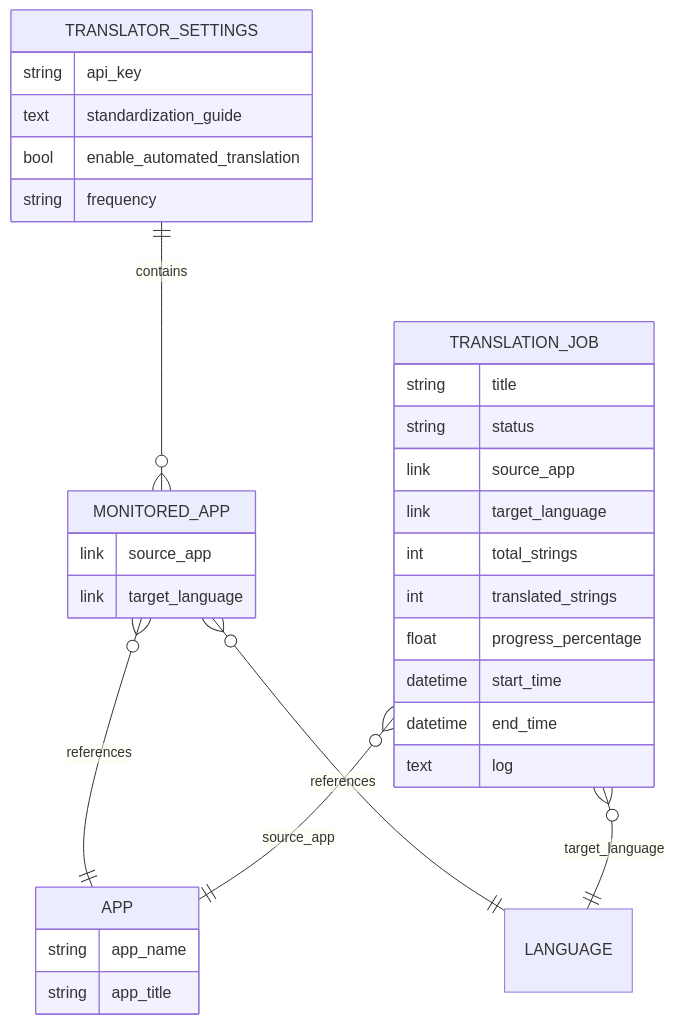
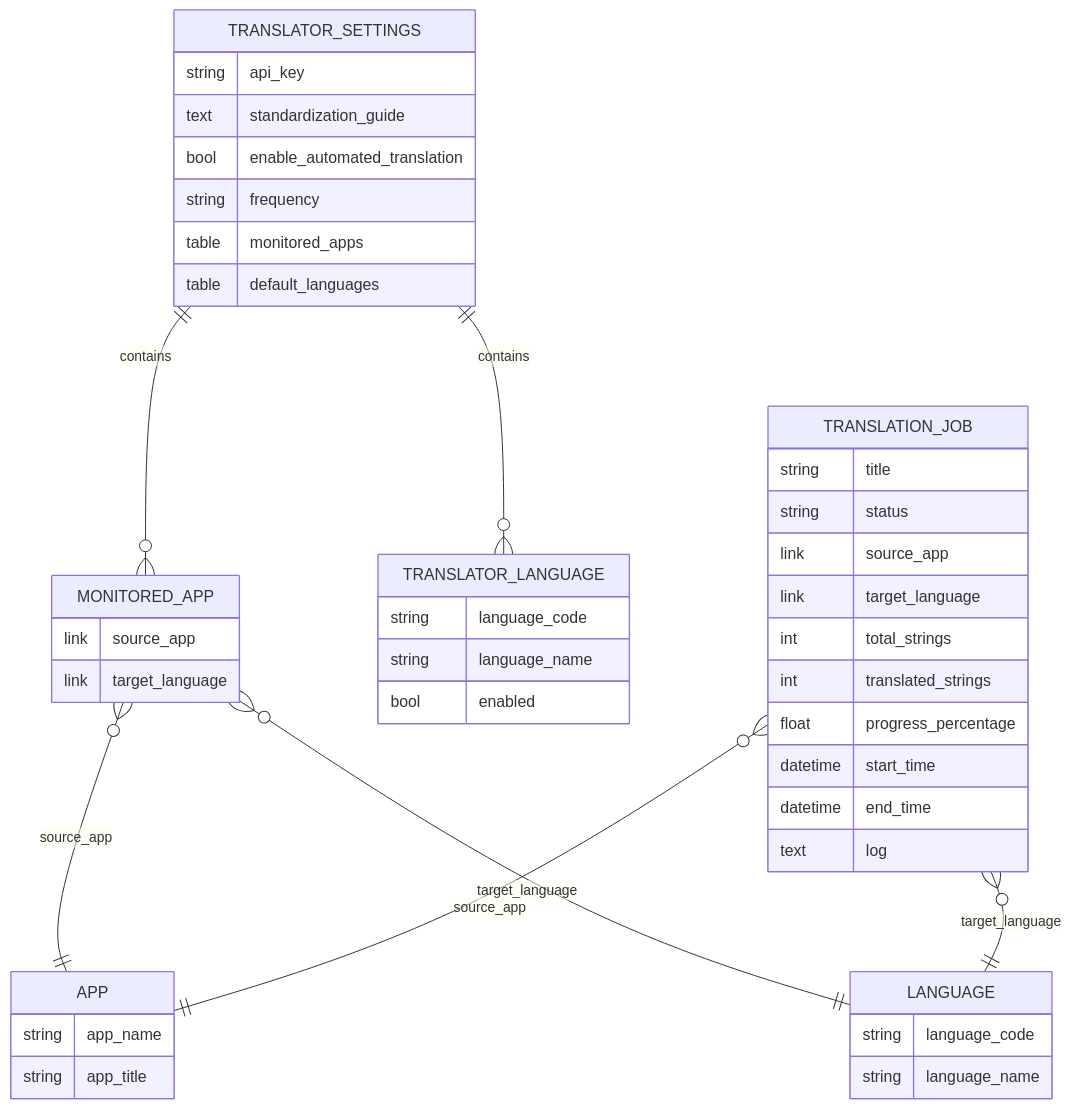
The second of 3 diagrams in docs/developer_guide/architecture.md (SebstnRodri/translation_hub), drawn with Mermaid before and after one commit. The commit also changed other lines of this file, not shown here.

Commit message:
docs: update architecture guide with correct doctype relationships and concurrency details

````diff
--- a/docs/developer_guide/architecture.md
+++ b/docs/developer_guide/architecture.md
@@ -162,38 +172,52 @@
 ```mermaid
 erDiagram
     TRANSLATOR_SETTINGS ||--o{ MONITORED_APP : "contains"
-    MONITORED_APP }o--|| APP : "references"
-    MONITORED_APP }o--|| LANGUAGE : "references"
+    TRANSLATOR_SETTINGS ||--o{ TRANSLATOR_LANGUAGE : "contains"
+    MONITORED_APP }o--|| APP : "source_app"
+    MONITORED_APP }o--|| LANGUAGE : "target_language"
     TRANSLATION_JOB }o--|| APP : "source_app"
     TRANSLATION_JOB }o--|| LANGUAGE : "target_language"
     
     TRANSLATOR_SETTINGS {
         string api_key
         text standardization_guide
         bool enable_automated_translation
         string frequency
+        table monitored_apps
+        table default_languages
     }
     
     MONITORED_APP {
         link source_app
         link target_language
+    }
+    
+    TRANSLATOR_LANGUAGE {
+        string language_code
+        string language_name
+        bool enabled
     }
     
     APP {
         string app_name
         string app_title
     }
     
     TRANSLATION_JOB {
         string title
         string status
         link source_app
         link target_language
         int total_strings
         int translated_strings
         float progress_percentage
         datetime start_time
         datetime end_time
         text log
     }
+    
+    LANGUAGE {
+        string language_code
+        string language_name
+    }
 ```
````
